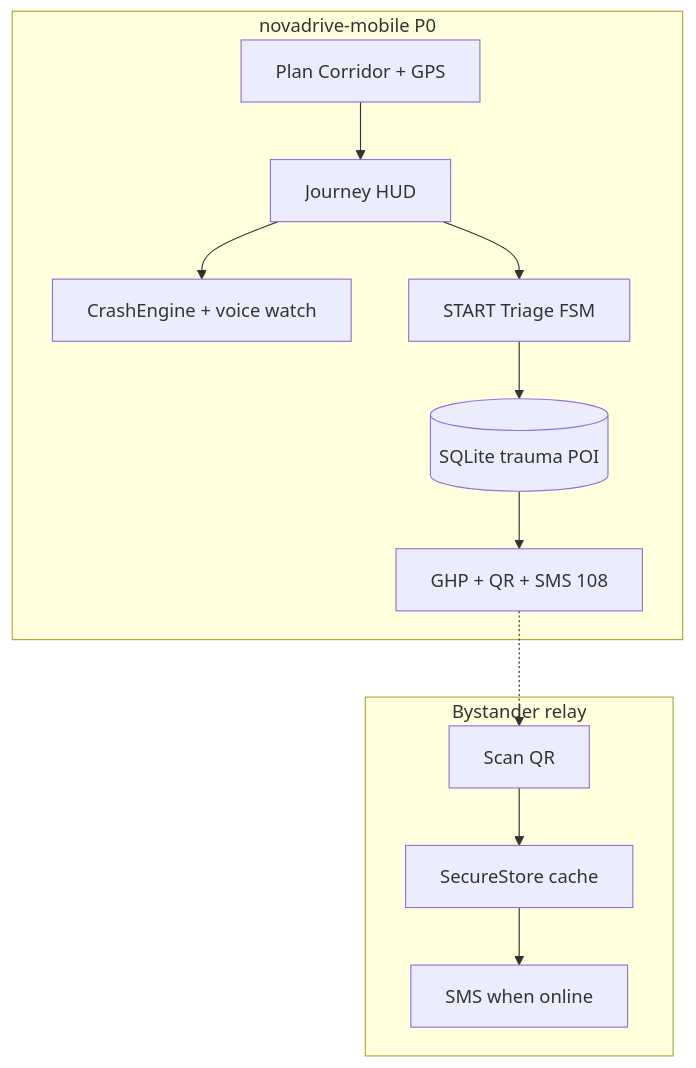
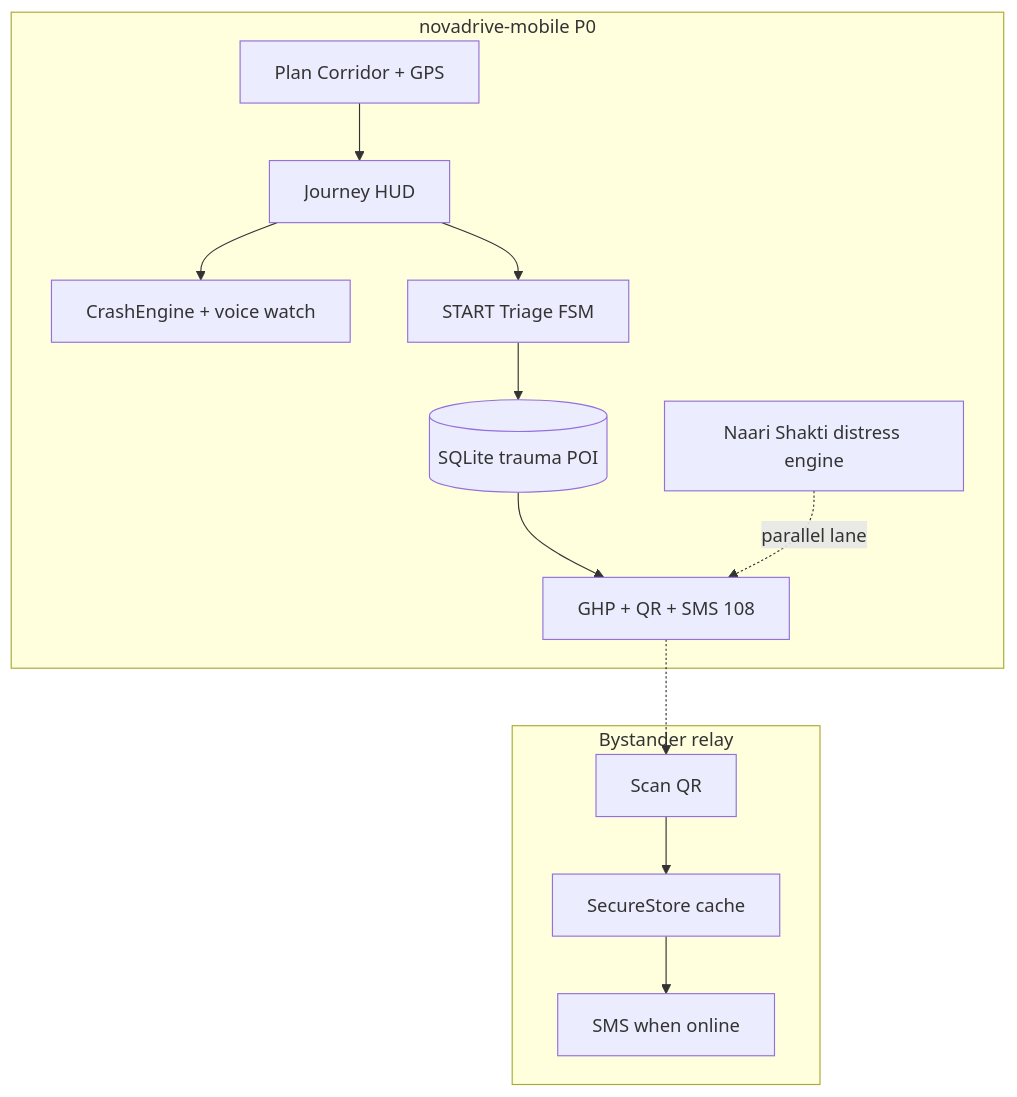
Before and after one commit to Stormynubee/novadrive: the fourth of 4 diagrams in README.md, drawn with Mermaid. The commit also changed other lines of this file and 6 other files, not shown here.

Commit message:
docs: refresh README and hackathon docs for Naari Shakti

````diff
--- a/README.md
+++ b/README.md
@@ -84,23 +99,25 @@
 ```mermaid
 flowchart TB
   subgraph mobile [novadrive-mobile P0]
     Plan[Plan Corridor + GPS]
     J[Journey HUD]
     C[CrashEngine + voice watch]
     S[START Triage FSM]
     DB[(SQLite trauma POI)]
     G[GHP + QR + SMS 108]
+    N[Naari Shakti distress engine]
     Plan --> J
     J --> C
     J --> S
     S --> DB
     DB --> G
+    N -.->|parallel lane| G
   end
   subgraph relay [Bystander relay]
     QR[Scan QR]
     RS[SecureStore cache]
     SMS[SMS when online]
     QR --> RS --> SMS
   end
   G -.-> QR
 ```
````
